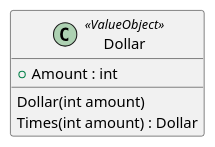
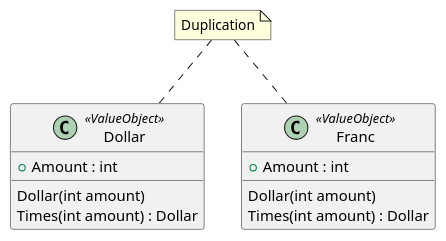
One commit to RicardoGuzmanVelasco/KentBeck.TDDByExample changed the diagram in Documentation/Classes.puml. Above: the diagram before and after it, drawn with PlantUML. The commit also changed 2 other files, not shown here.

Commit message:
5 | Franc multiplication | Documentation

```diff
--- a/Documentation/Classes.puml
+++ b/Documentation/Classes.puml
@@ -1,8 +1,19 @@
 @startuml
 class Dollar <<ValueObject>>
 {
     +Amount : int
     Dollar(int amount)
     Times(int amount) : Dollar
 }
+
+class Franc <<ValueObject>>
+{
+    +Amount : int
+    Dollar(int amount)
+    Times(int amount) : Dollar
+}
+
+note "Duplication" as N
+N .. Dollar
+N .. Franc
 @enduml
```
